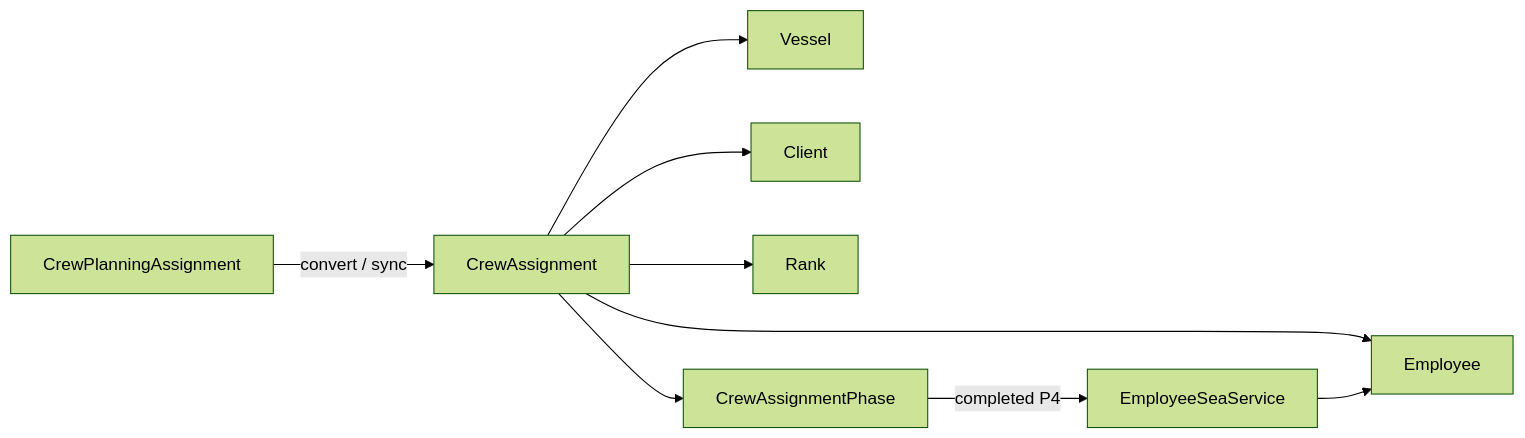
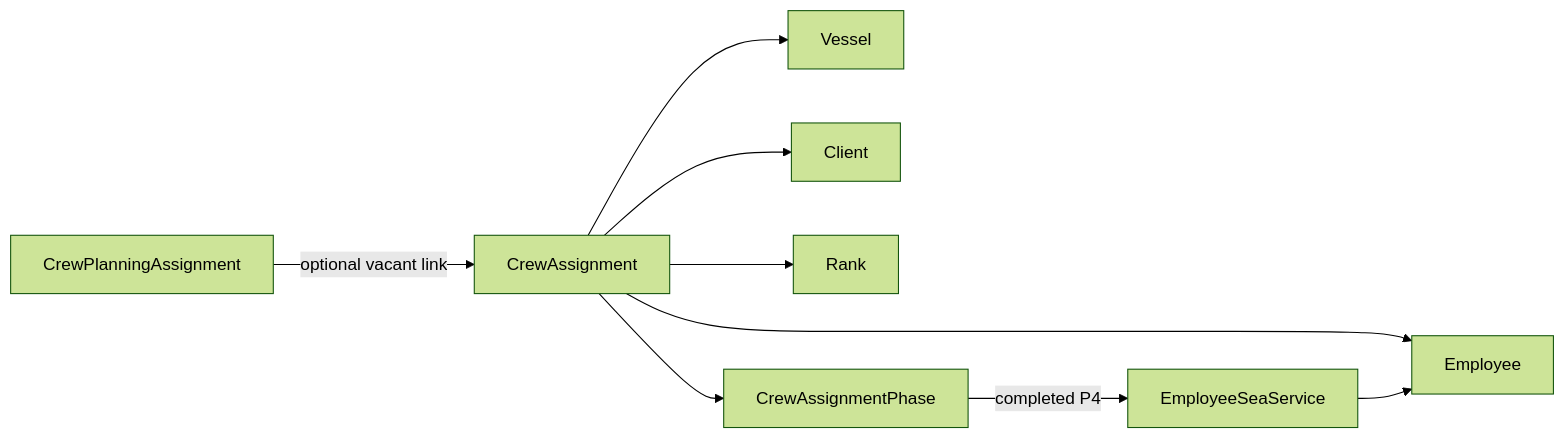
The sixth of 8 diagrams in docs/architecture/domains.md (rabil007/HRM), drawn with Mermaid (forest theme) before and after one commit. The commit also changed other lines of this file and 123 other files, not shown here.

First line of the commit message:
Feat/unified crew assignment planning (#152)

````diff
--- a/docs/architecture/domains.md
+++ b/docs/architecture/domains.md
@@ -572,11 +572,11 @@
 ```mermaid
 flowchart LR
-    CrewPlanningAssignment -->|convert / sync| CrewAssignment
+    CrewPlanningAssignment -->|optional vacant link| CrewAssignment
     CrewAssignment --> Employee
     CrewAssignment --> Vessel
     CrewAssignment --> Client
     CrewAssignment --> Rank
     CrewAssignment --> CrewAssignmentPhase
     CrewAssignmentPhase -->|completed P4| EmployeeSeaService
     EmployeeSeaService --> Employee
 ```
````
